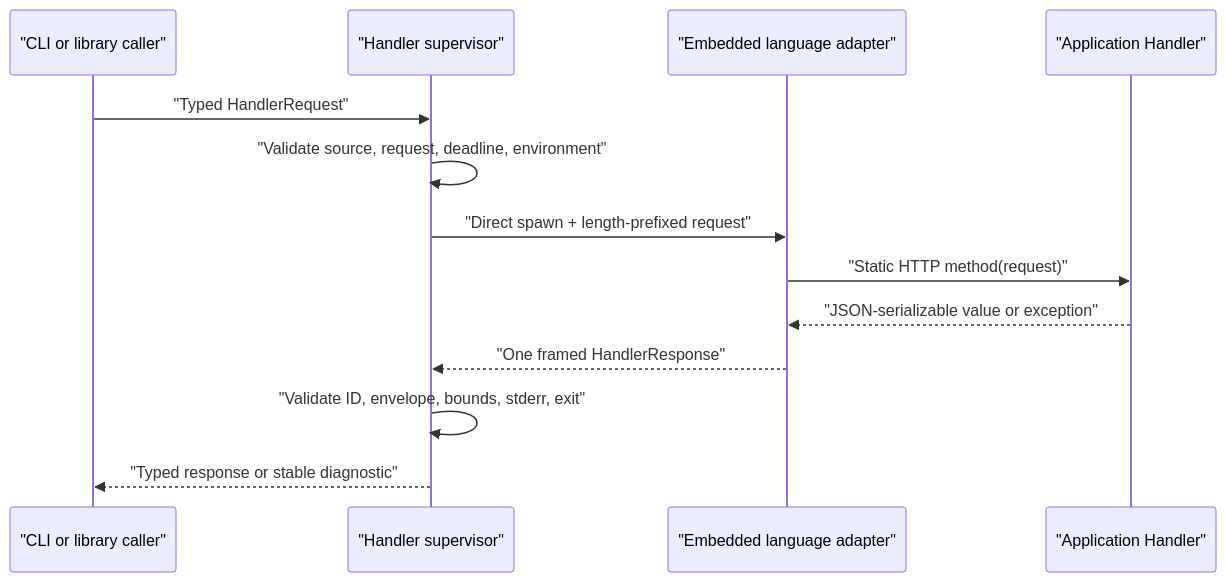
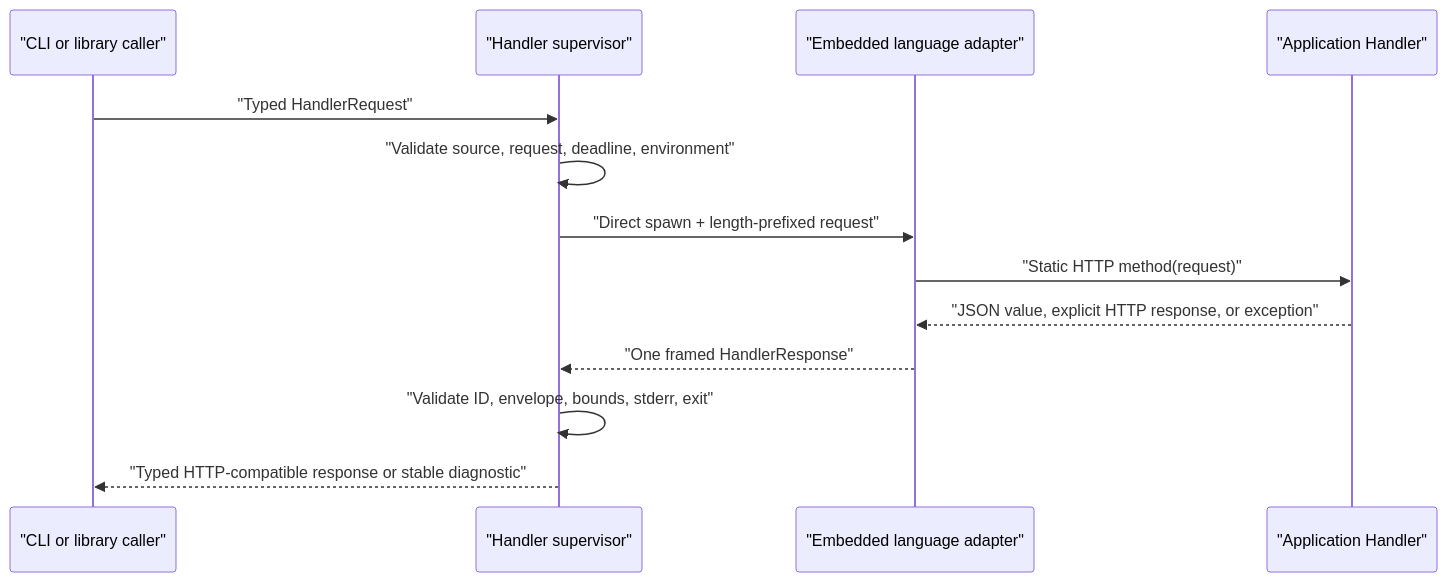
Before and after one commit to d31ma/Tachyon: the second of 4 diagrams in docs/architecture/OVERVIEW.md, drawn with Mermaid. The commit also changed other lines of this file and 172 other files, not shown here.

````diff
--- a/docs/architecture/OVERVIEW.md
+++ b/docs/architecture/OVERVIEW.md
@@ -75,15 +82,15 @@
 ```mermaid
 sequenceDiagram
     participant C as "CLI or library caller"
     participant S as "Handler supervisor"
     participant A as "Embedded language adapter"
     participant H as "Application Handler"
     C->>S: "Typed HandlerRequest"
     S->>S: "Validate source, request, deadline, environment"
     S->>A: "Direct spawn + length-prefixed request"
     A->>H: "Static HTTP method(request)"
-    H-->>A: "JSON-serializable value or exception"
+    H-->>A: "JSON value, explicit HTTP response, or exception"
     A-->>S: "One framed HandlerResponse"
     S->>S: "Validate ID, envelope, bounds, stderr, exit"
-    S-->>C: "Typed response or stable diagnostic"
+    S-->>C: "Typed HTTP-compatible response or stable diagnostic"
 ```
````
